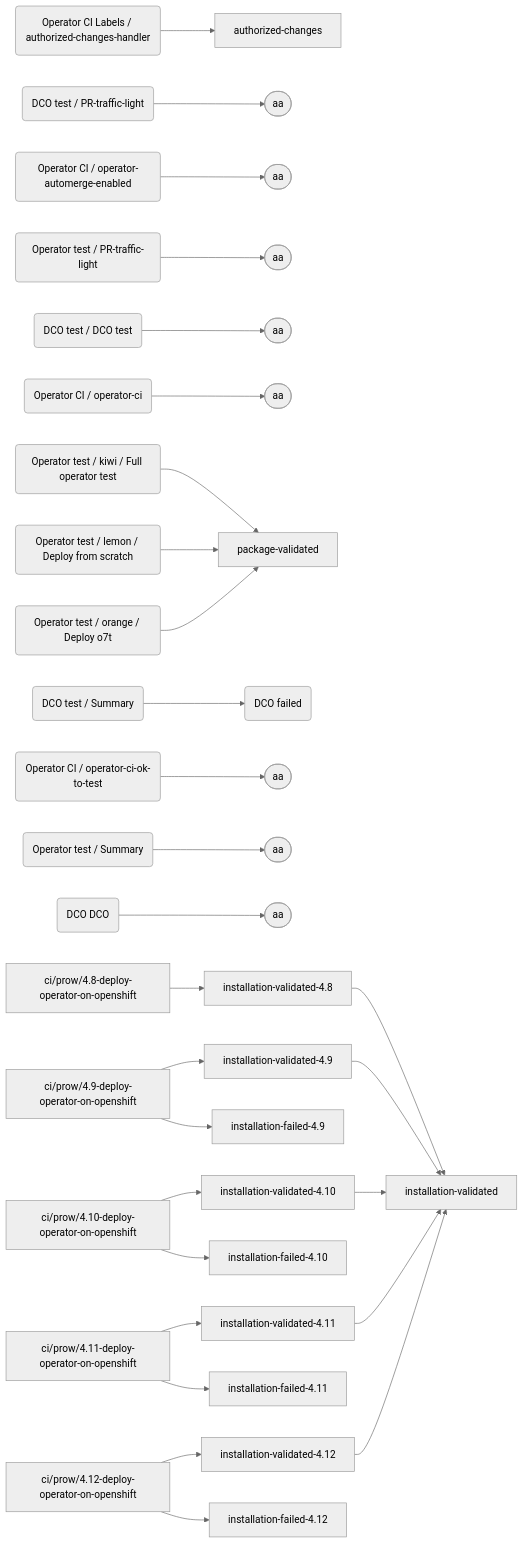
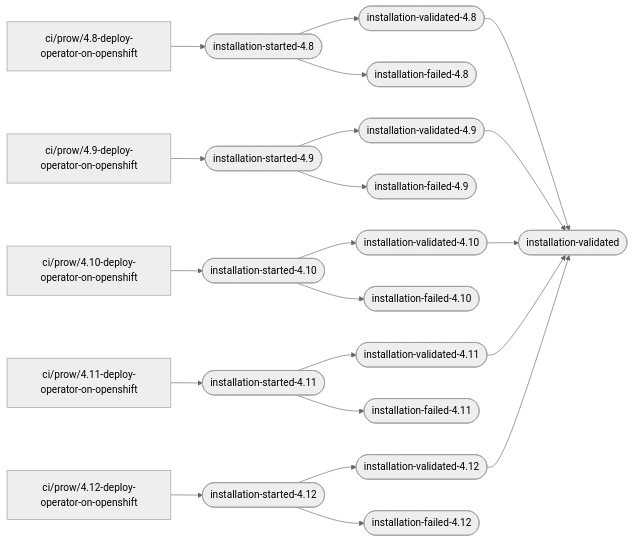
One commit to redhat-openshift-ecosystem/community-operators-pipeline changed the fifth of 6 diagrams in docs/maintainer-documentation.md. Above: the diagram before and after it, drawn with Mermaid (neutral theme). The commit also changed other lines of this file and 1 other file, not shown here.

Commit message:
maintainer mermaids

````diff
--- a/docs/maintainer-documentation.md
+++ b/docs/maintainer-documentation.md
@@ -19,32 +83,20 @@
 ```mermaid
 graph LR
-id1(Operator CI Labels / authorized-changes-handler) --> authorized-changes
-id2(DCO test / PR-traffic-light) --> id14([aa])
-id3(Operator CI / operator-automerge-enabled) --> id15([aa])
-id4(Operator test / PR-traffic-light) --> id16([aa])
-id5(DCO test / DCO test) --> id17([aa])
-id6(Operator CI / operator-ci) --> id18([aa])
-id7(Operator test / kiwi / Full operator test)  --> package-validated
-id8(DCO test / Summary) --> id19(DCO failed)
-id9(Operator CI / operator-ci-ok-to-test) --> id20([aa])
-id10(Operator test / lemon / Deploy from scratch) --> package-validated
-id11(Operator test / orange / Deploy o7t) --> package-validated
-id12(Operator test / Summary) --> id21([aa])
-id13(DCO DCO) --> id22([aa])
-ci/prow/4.8-deploy-operator-on-openshift --> installation-validated-4.8
-ci/prow/4.9-deploy-operator-on-openshift --> installation-validated-4.9
-ci/prow/4.10-deploy-operator-on-openshift --> installation-validated-4.10
-ci/prow/4.11-deploy-operator-on-openshift --> installation-validated-4.11
-ci/prow/4.12-deploy-operator-on-openshift --> installation-validated-4.12
+ci/prow/4.8-deploy-operator-on-openshift --> id123([installation-started-4.8]) --> id23([installation-validated-4.8])
+ci/prow/4.9-deploy-operator-on-openshift --> id133([installation-started-4.9]) --> id24([installation-validated-4.9])
+ci/prow/4.10-deploy-operator-on-openshift --> id143([installation-started-4.10]) --> id25([installation-validated-4.10])
+ci/prow/4.11-deploy-operator-on-openshift --> id153([installation-started-4.11]) --> id26([installation-validated-4.11])
+ci/prow/4.12-deploy-operator-on-openshift --> id163([installation-started-4.12]) --> id27([installation-validated-4.12])
 
-ci/prow/4.9-deploy-operator-on-openshift --> installation-failed-4.9
-ci/prow/4.10-deploy-operator-on-openshift --> installation-failed-4.10
-ci/prow/4.11-deploy-operator-on-openshift --> installation-failed-4.11
-ci/prow/4.12-deploy-operator-on-openshift --> installation-failed-4.12
+id123([installation-started-4.8]) --> id28([installation-failed-4.8])
+id133([installation-started-4.9]) --> id29([installation-failed-4.9])
+id143([installation-started-4.10]) --> id30([installation-failed-4.10])
+id153([installation-started-4.11]) --> id31([installation-failed-4.11])
+id163([installation-started-4.12]) --> id32([installation-failed-4.12])
 
-installation-validated-4.8 --> installation-validated
-installation-validated-4.9 --> installation-validated
-installation-validated-4.10 --> installation-validated
-installation-validated-4.11 --> installation-validated
-installation-validated-4.12 --> installation-validated
+id23([installation-validated-4.8]) --> id33([installation-validated])
+id24([installation-validated-4.9]) --> id33([installation-validated])
+id25([installation-validated-4.10]) --> id33([installation-validated])
+id26([installation-validated-4.11]) --> id33([installation-validated])
+id27([installation-validated-4.12]) --> id33([installation-validated])
 ```
````
